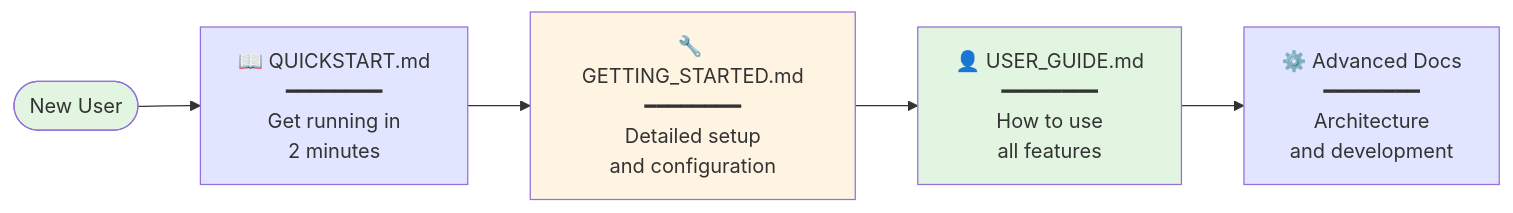
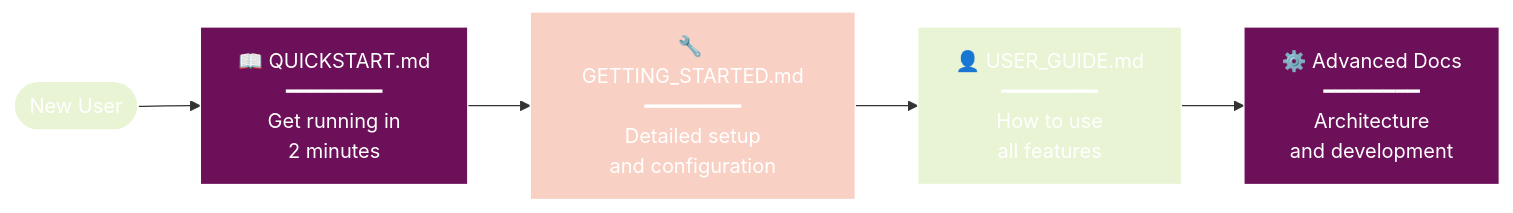
Before and after one commit to radicalkjax/Athena: the first of 4 diagrams in docs/README.md, drawn with Mermaid. The commit also changed other lines of this file and 27 other files, not shown here.

Commit message:
Introduction of expo package manager. Updated docs to reflect changes. Unified mermaid theme for docs.

````diff
--- a/docs/README.md
+++ b/docs/README.md
@@ -9,16 +9,37 @@
 ```mermaid
+%%{init: {
+  'theme': 'base',
+  'themeVariables': {
+    'primaryColor': '#6d105a',
+    'primaryTextColor': '#ffffff',
+    'primaryBorderColor': '#ffffff',
+    'lineColor': '#333333',
+    'secondaryColor': '#e8f4d4',
+    'secondaryTextColor': '#333333',
+    'secondaryBorderColor': '#333333',
+    'tertiaryColor': '#f9d0c4',
+    'tertiaryTextColor': '#333333',
+    'tertiaryBorderColor': '#333333',
+    'background': '#ffffff',
+    'mainBkg': '#6d105a',
+    'secondBkg': '#e8f4d4',
+    'tertiaryBkg': '#f9d0c4',
+    'textColor': '#333333',
+    'fontFamily': 'Arial, sans-serif'
+  }
+}}%%
 flowchart LR
     Start([New User]) --> Quick[📖 QUICKSTART.md<br/>━━━━━━━━<br/>Get running in<br/>2 minutes]
     
     Quick --> Setup[🔧 GETTING_STARTED.md<br/>━━━━━━━━<br/>Detailed setup<br/>and configuration]
     
     Setup --> User[👤 USER_GUIDE.md<br/>━━━━━━━━<br/>How to use<br/>all features]
     
     User --> Advanced[⚙️ Advanced Docs<br/>━━━━━━━━<br/>Architecture<br/>and development]
     
-    style Start fill:#e1f5e1
-    style Quick fill:#e1e5ff
-    style Setup fill:#fff4e1
-    style User fill:#e1f5e1
-    style Advanced fill:#e1e5ff
+    style Start fill:#e8f4d4
+    style Quick fill:#6d105a
+    style Setup fill:#f9d0c4
+    style User fill:#e8f4d4
+    style Advanced fill:#6d105a
 ```
````
